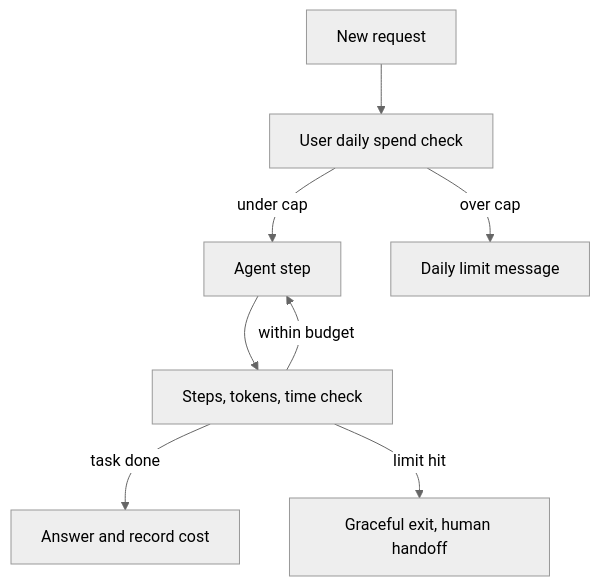
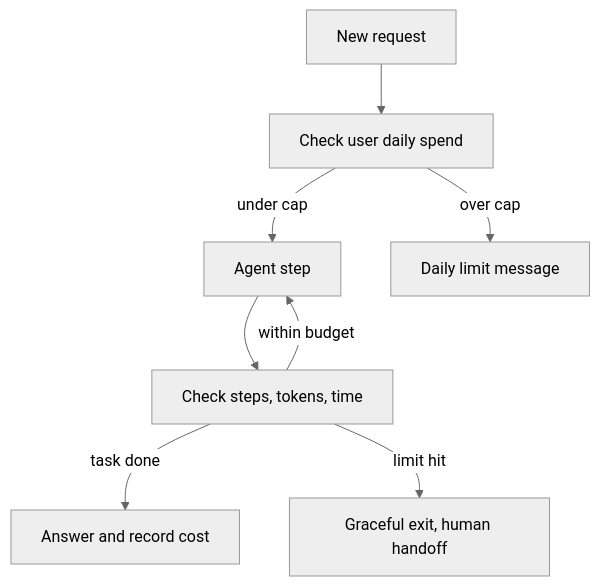
The seventh of 7 diagrams in content-en/11-agentic/11-cost-latency.md (flow6979/viewinter), drawn with Mermaid (neutral theme) before and after one commit. The commit also changed other lines of this file and 26 other files, not shown here.

First line of the commit message:
Agentic AI: rewrite all 13 pages to explain from scratch; animate diagrams on every article

````diff
--- a/content-en/11-agentic/11-cost-latency.md
+++ b/content-en/11-agentic/11-cost-latency.md
@@ -336,10 +603,10 @@
 ```mermaid
 flowchart TD
-    REQ["New request"] --> UC["User daily spend check"]
+    REQ["New request"] --> UC["Check user daily spend"]
     UC -->|under cap| ST["Agent step"]
-    ST --> BC["Steps, tokens, time check"]
+    ST --> BC["Check steps, tokens, time"]
     BC -->|task done| ANS["Answer and record cost"]
-    BC -->|within budget| ST
     BC -->|limit hit| GX["Graceful exit, human handoff"]
     UC -->|over cap| MSG["Daily limit message"]
+    BC -->|within budget| ST
 ```
````
